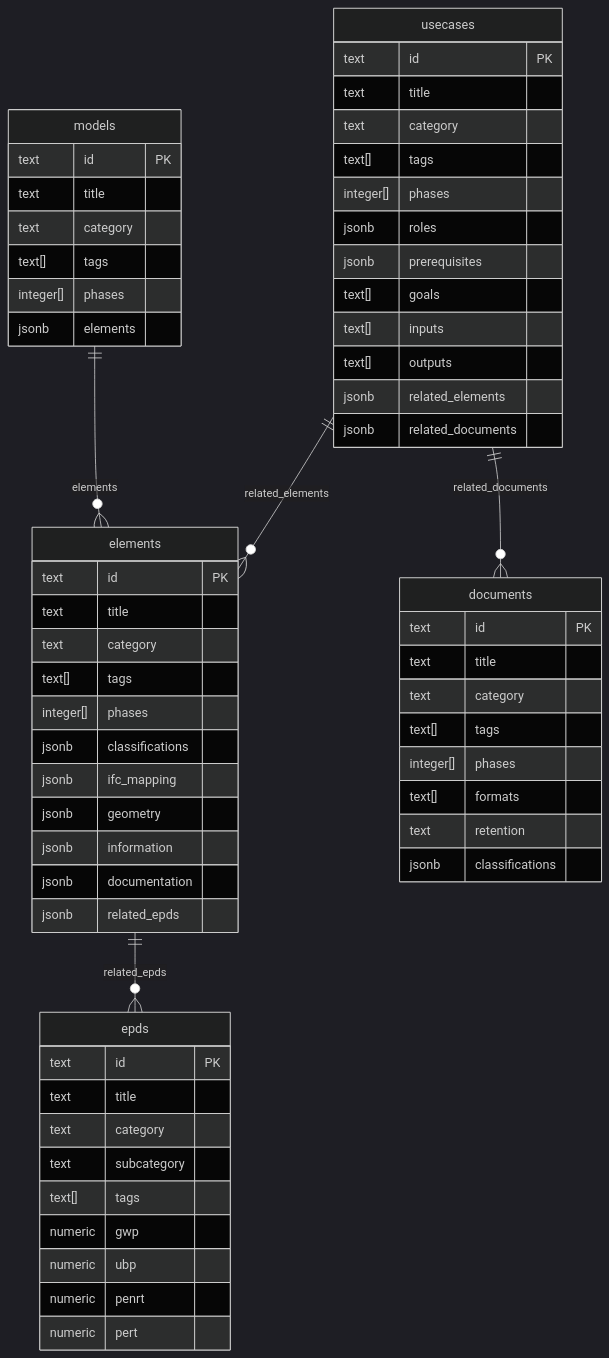
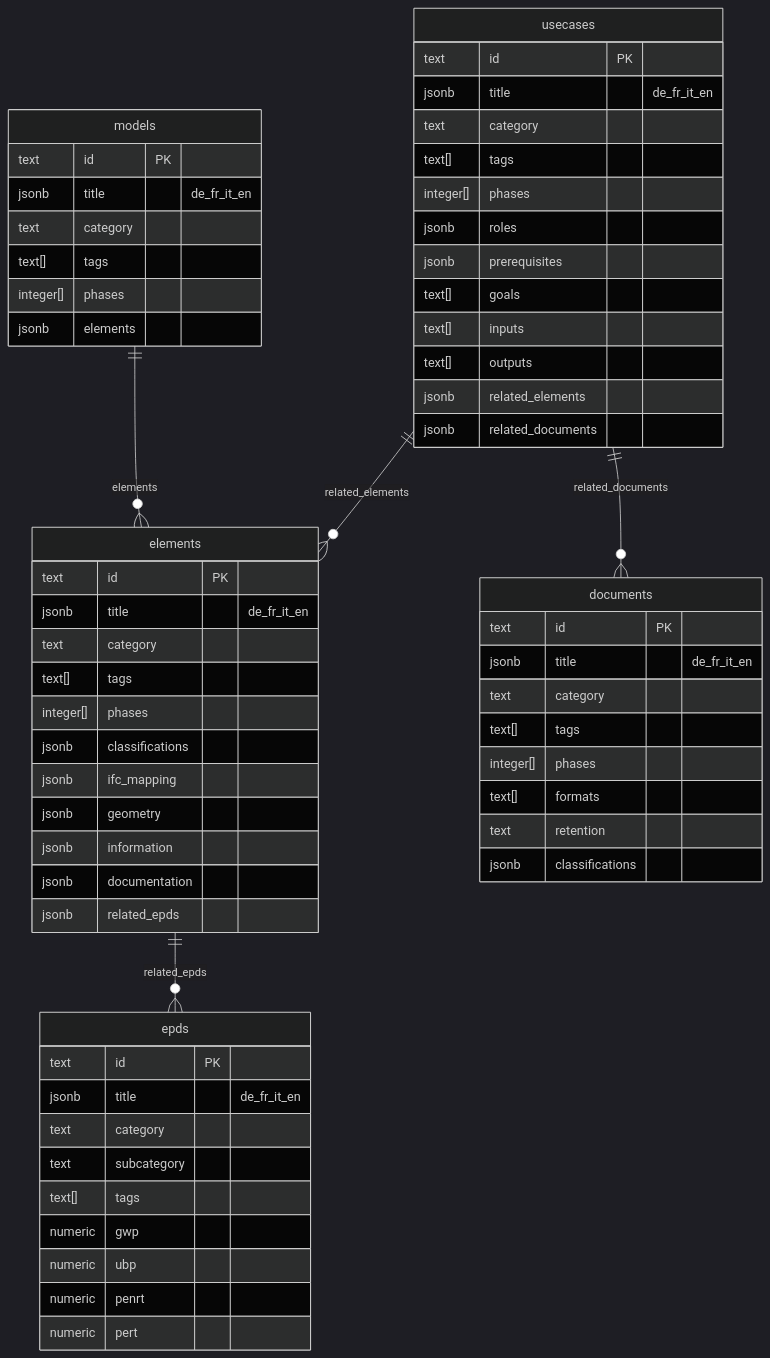
One commit to bbl-dres/kbob-fdk changed the diagram in documentation/DATAMODEL.md. Above: the diagram before and after it, drawn with Mermaid (dark theme).

Commit message:
Add i18n support to title field in ER diagram
Change title from text to jsonb with "de_fr_it_en" annotation
to indicate multilanguage support for DE, FR, IT, EN.

````diff
--- a/documentation/DATAMODEL.md
+++ b/documentation/DATAMODEL.md
@@ -37,68 +37,68 @@
 ```mermaid
 erDiagram
     usecases ||--o{ elements : "related_elements"
     usecases ||--o{ documents : "related_documents"
     elements ||--o{ epds : "related_epds"
     models ||--o{ elements : "elements"
 
     elements {
         text id PK
-        text title
+        jsonb title "de_fr_it_en"
         text category
         text[] tags
         integer[] phases
         jsonb classifications
         jsonb ifc_mapping
         jsonb geometry
         jsonb information
         jsonb documentation
         jsonb related_epds
     }
 
     documents {
         text id PK
-        text title
+        jsonb title "de_fr_it_en"
         text category
         text[] tags
         integer[] phases
         text[] formats
         text retention
         jsonb classifications
     }
 
     usecases {
         text id PK
-        text title
+        jsonb title "de_fr_it_en"
         text category
         text[] tags
         integer[] phases
         jsonb roles
         jsonb prerequisites
         text[] goals
         text[] inputs
         text[] outputs
         jsonb related_elements
         jsonb related_documents
     }
 
     models {
         text id PK
-        text title
+        jsonb title "de_fr_it_en"
         text category
         text[] tags
         integer[] phases
         jsonb elements
     }
 
     epds {
         text id PK
-        text title
+        jsonb title "de_fr_it_en"
         text category
         text subcategory
         text[] tags
         numeric gwp
         numeric ubp
         numeric penrt
         numeric pert
     }
 ```
````
